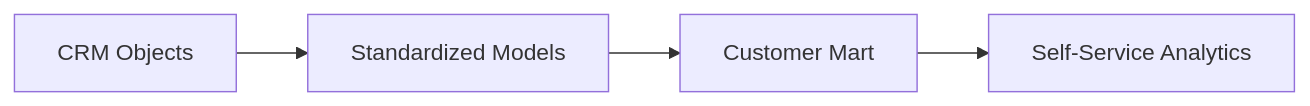
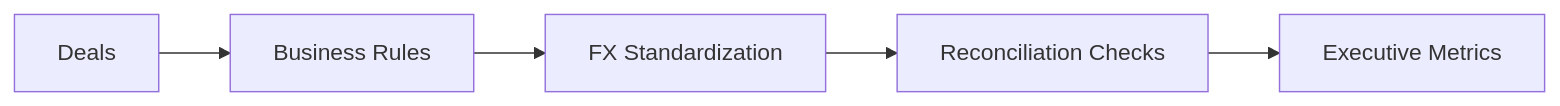
Before and after one commit to Kasala95/data-engineering-portfolio: the diagram in projects/daily-linkedin-post-workflow/generated/latest-linkedin-post.md, drawn with Mermaid. The commit also changed other lines of this file and 3 other files, not shown here.

````diff
--- a/projects/daily-linkedin-post-workflow/generated/latest-linkedin-post.md
+++ b/projects/daily-linkedin-post-workflow/generated/latest-linkedin-post.md
@@ -25,6 +25,7 @@
 ```mermaid
 flowchart LR
-  A[CRM Objects] --> B[Standardized Models]
-  B --> C[Customer Mart]
-  C --> D[Self-Service Analytics]
+  A[Deals] --> B[Business Rules]
+  B --> C[FX Standardization]
+  C --> D[Reconciliation Checks]
+  D --> E[Executive Metrics]
 ```
````
